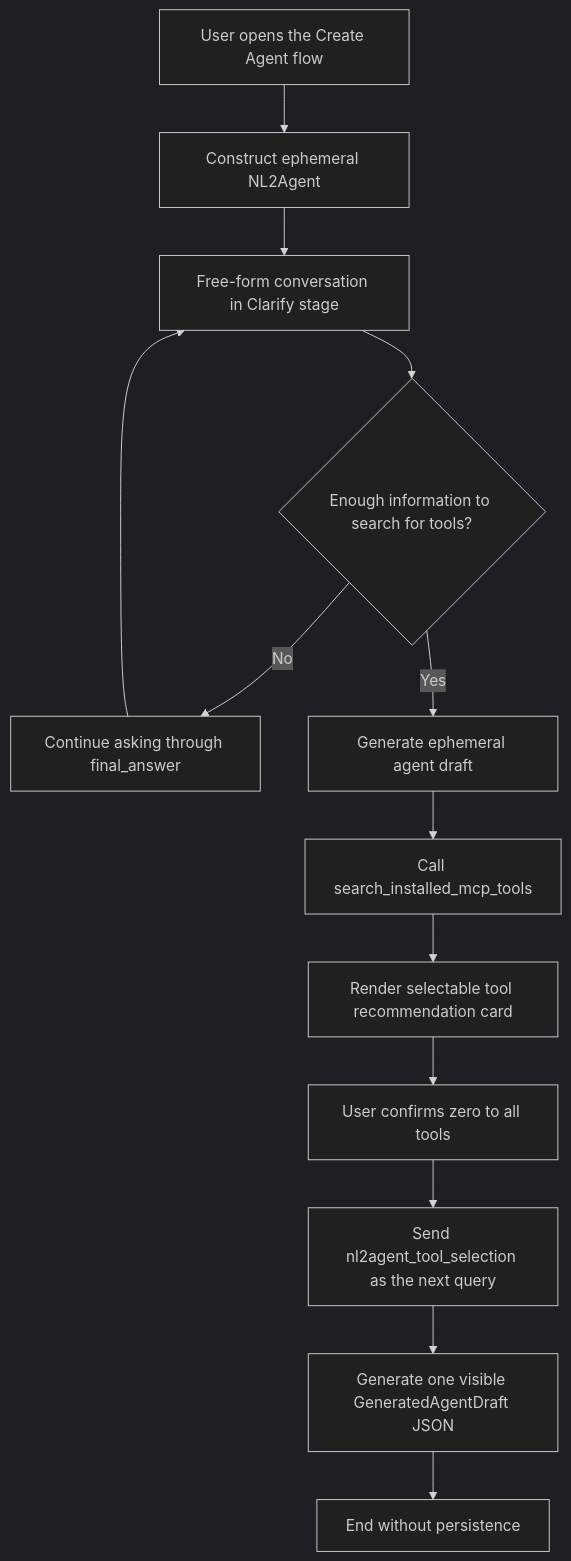
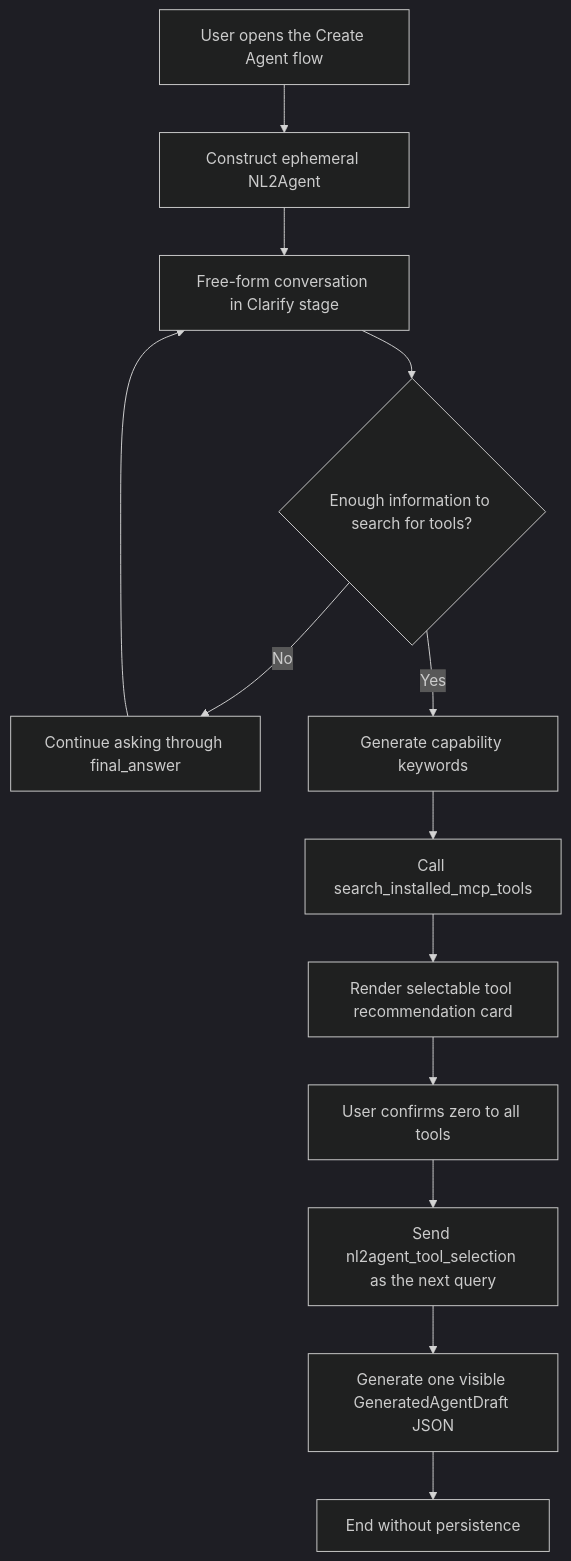
The diagram in doc/nl2agent-design.md (ModelEngine-Group/nexent), drawn with Mermaid (dark theme) before and after one commit. The commit also changed other lines of this file and 1 other file, not shown here.

Commit message:
📝 Docs: Align NL2Agent design with implementation

````diff
--- a/doc/nl2agent-design.md
+++ b/doc/nl2agent-design.md
@@ -101,15 +101,15 @@
 ```mermaid
 flowchart TD
     A[User opens the Create Agent flow] --> B[Construct ephemeral NL2Agent]
     B --> C[Free-form conversation in Clarify stage]
     C --> D{Enough information to search for tools?}
     D -- No --> E[Continue asking through final_answer]
     E --> C
-    D -- Yes --> F[Generate ephemeral agent draft]
+    D -- Yes --> F[Generate capability keywords]
     F --> G[Call search_installed_mcp_tools]
     G --> H[Render selectable tool recommendation card]
     H --> I[User confirms zero to all tools]
     I --> J[Send nl2agent_tool_selection as the next query]
     J --> K[Generate one visible GeneratedAgentDraft JSON]
     K --> L[End without persistence]
 ```
````
